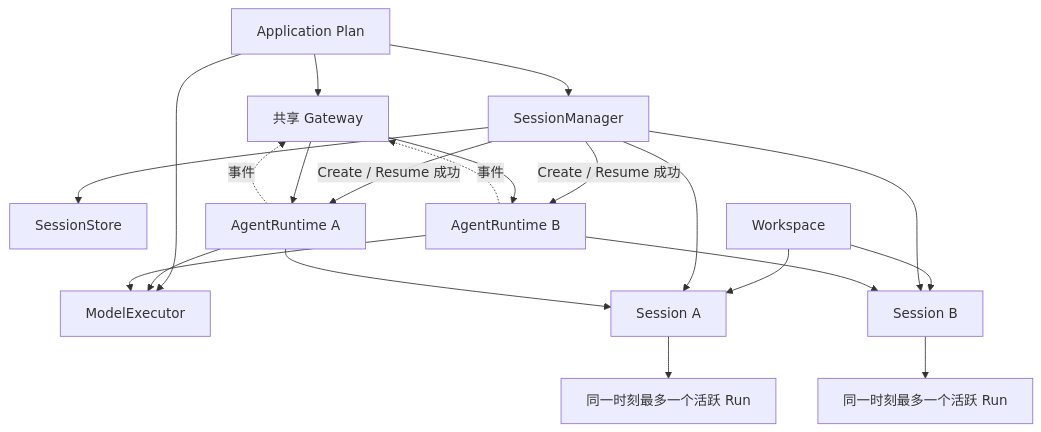
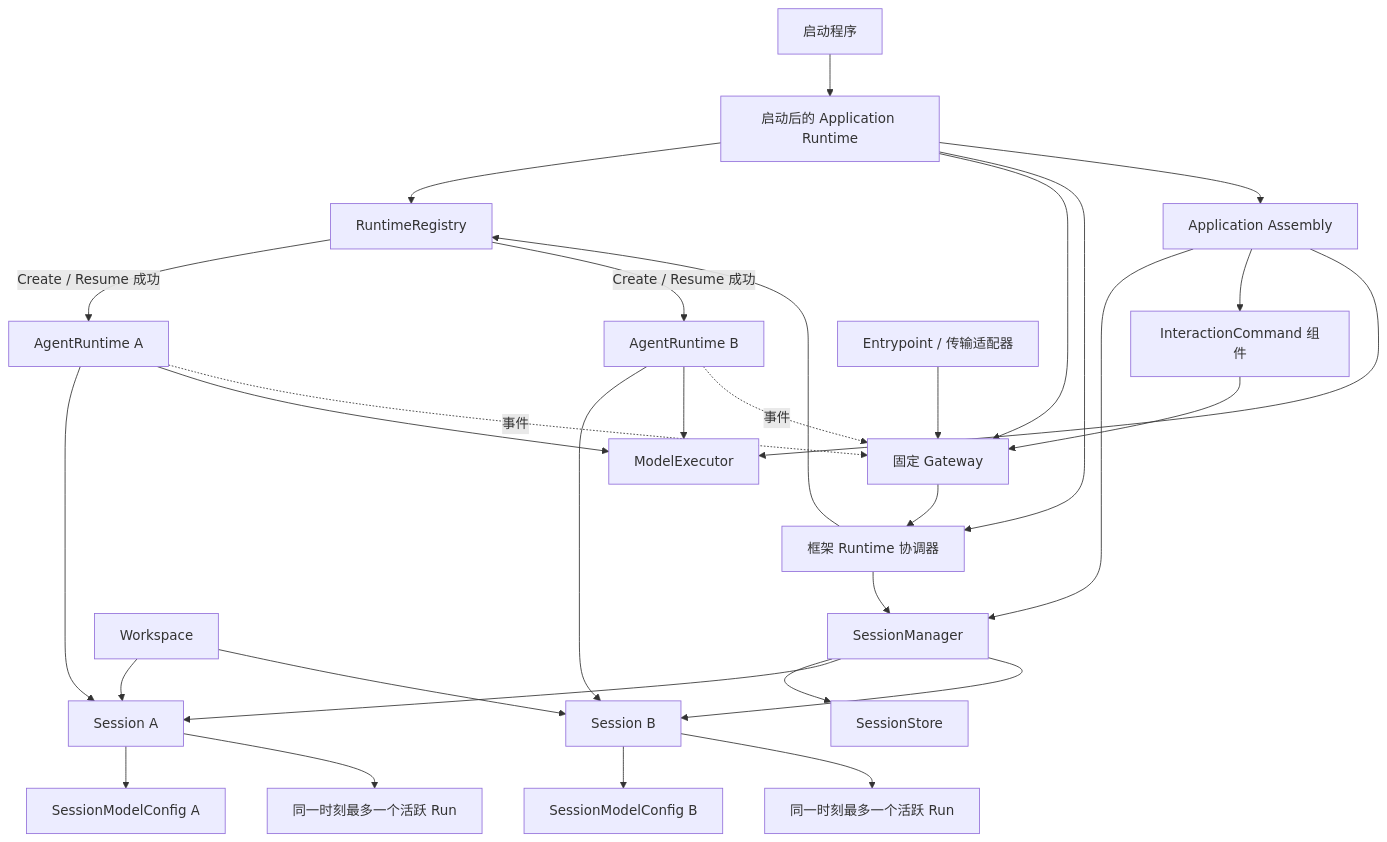
Before and after one commit to LyleLiu666/agentSlot: the diagram in docs/agent-architecture-discussion.zh-CN.md, drawn with Mermaid. The commit also changed other lines of this file and 8 other files, not shown here.

Commit message:
docs: establish complete agent architecture baseline

````diff
--- a/docs/agent-architecture-discussion.zh-CN.md
+++ b/docs/agent-architecture-discussion.zh-CN.md
@@ -17,23 +20,33 @@
 ```mermaid
 flowchart TD
-    A["Application Plan"] --> G["共享 Gateway"]
+    START["启动程序"] --> AR["启动后的 Application Runtime"]
+    AR --> REG["RuntimeRegistry"]
+    AR --> G["固定 Gateway"]
+    AR --> RC["框架 Runtime 协调器"]
+    AR --> A["Application Assembly"]
     A --> SM["SessionManager"]
+    A --> IC["InteractionCommand 组件"]
     SM --> SS["SessionStore"]
     A --> ME["ModelExecutor"]
     W["Workspace"] --> S1["Session A"]
     W --> S2["Session B"]
     SM --> S1
     SM --> S2
-    SM -->|"Create / Resume 成功"| RT1["AgentRuntime A"]
-    SM -->|"Create / Resume 成功"| RT2["AgentRuntime B"]
+    RC --> SM
+    RC --> REG
+    REG -->|"Create / Resume 成功"| RT1["AgentRuntime A"]
+    REG -->|"Create / Resume 成功"| RT2["AgentRuntime B"]
     RT1 --> S1
     RT2 --> S2
+    S1 --> MC1["SessionModelConfig A"]
+    S2 --> MC2["SessionModelConfig B"]
     RT1 --> ME
     RT2 --> ME
     S1 --> R1["同一时刻最多一个活跃 Run"]
     S2 --> R2["同一时刻最多一个活跃 Run"]
-    G --> RT1
-    G --> RT2
+    E["Entrypoint / 传输适配器"] --> G
+    IC --> G
+    G --> RC
     RT1 -. "事件" .-> G
     RT2 -. "事件" .-> G
 ```
````
